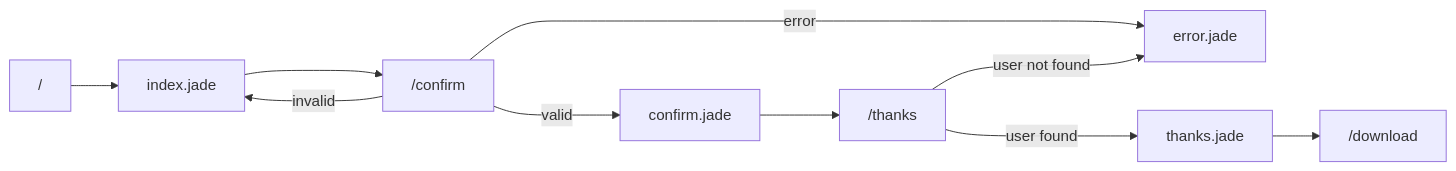
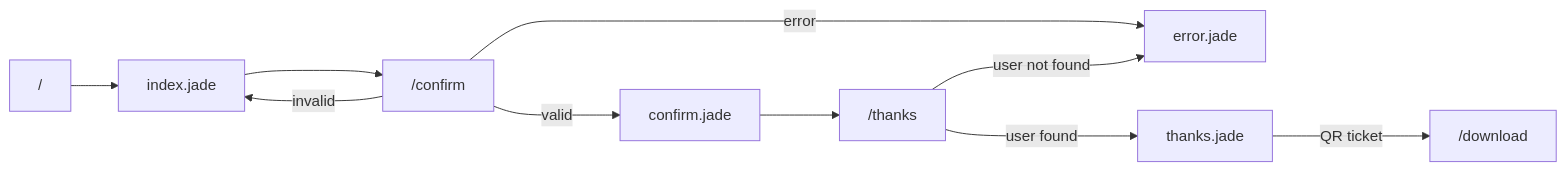
Before and after one commit to carlospatinos/eventplanner: the first of 2 diagrams in README.md, drawn with Mermaid. The commit also changed other lines of this file and 5 other files, not shown here.

````diff
--- a/README.md
+++ b/README.md
@@ -16,12 +31,12 @@
 ```mermaid
 graph LR;
     /-->index.jade;
     index.jade-->/confirm;
     /confirm-- valid   --->confirm.jade;
     /confirm-- invalid --->index.jade;
     /confirm-- error --->error.jade;
     confirm.jade-->/thanks;
     /thanks -- user found ---> thanks.jade
     /thanks -- user not found ---> error.jade
-    thanks.jade --> /download
+    thanks.jade -- QR ticket ---> /download
 ```
````
